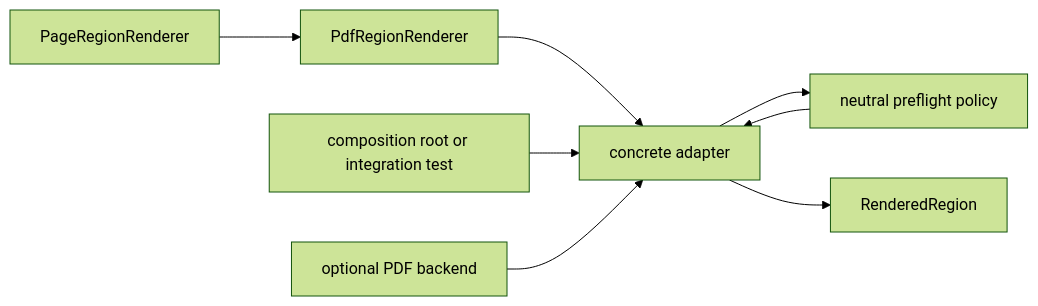
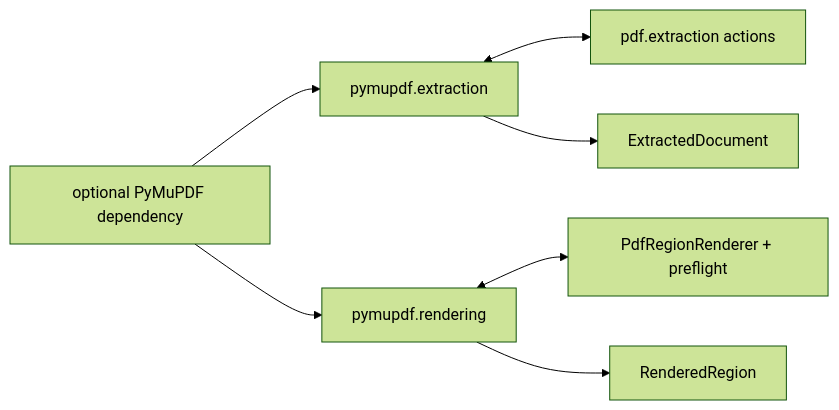
Before and after one commit to eragasa/projectkoios-ingestion: the diagram in docs/architecture/projectkoios/ingestion/pdf/adapters/schematic.md, drawn with Mermaid (forest theme). The commit also changed other lines of this file and 176 other files, not shown here.

Commit message:
Refactor ingestion document and integration architecture

````diff
--- a/docs/architecture/projectkoios/ingestion/pdf/adapters/schematic.md
+++ b/docs/architecture/projectkoios/ingestion/pdf/adapters/schematic.md
@@ -3,18 +3,17 @@
 ```mermaid
 flowchart LR
-    PageBase["PageRegionRenderer"]
-    PdfBase["PdfRegionRenderer"]
-    Root["composition root or integration test"]
-    Backend["optional PDF backend"]
-    Adapter["concrete adapter"]
-    Preflight["neutral preflight policy"]
-    Result["RenderedRegion"]
+    Backend["optional PyMuPDF dependency"]
+    Extraction["pymupdf.extraction"]
+    Rendering["pymupdf.rendering"]
+    NeutralExtraction["pdf.extraction actions"]
+    NeutralRender["PdfRegionRenderer + preflight"]
+    Document["ExtractedDocument"]
+    Region["RenderedRegion"]
 
-    PageBase --> PdfBase
-    PdfBase --> Adapter
-    Root --> Adapter
-    Backend --> Adapter
-    Adapter --> Preflight
-    Preflight --> Adapter
-    Adapter --> Result
+    Backend --> Extraction
+    Backend --> Rendering
+    Extraction <--> NeutralExtraction
+    Rendering <--> NeutralRender
+    Extraction --> Document
+    Rendering --> Region
 ```
````
